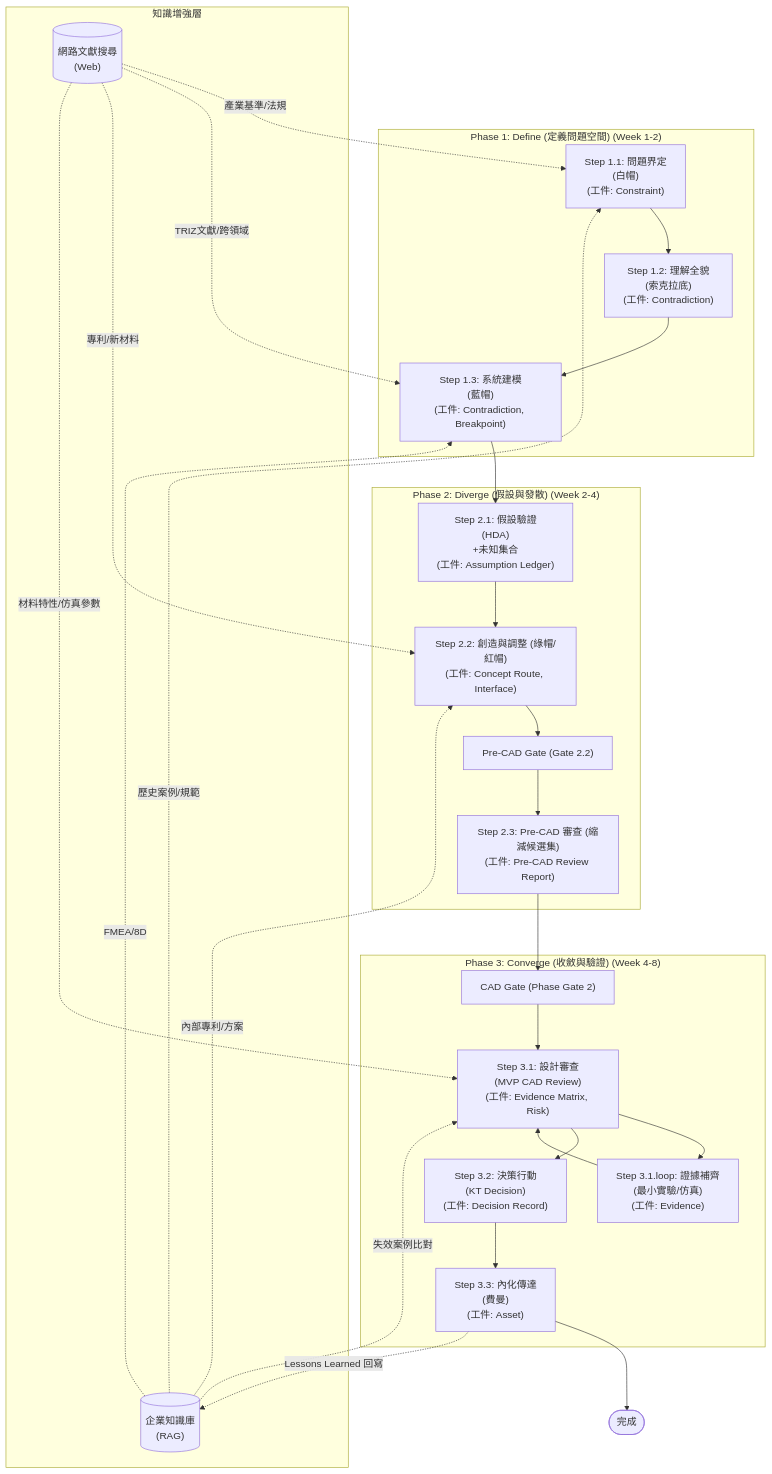
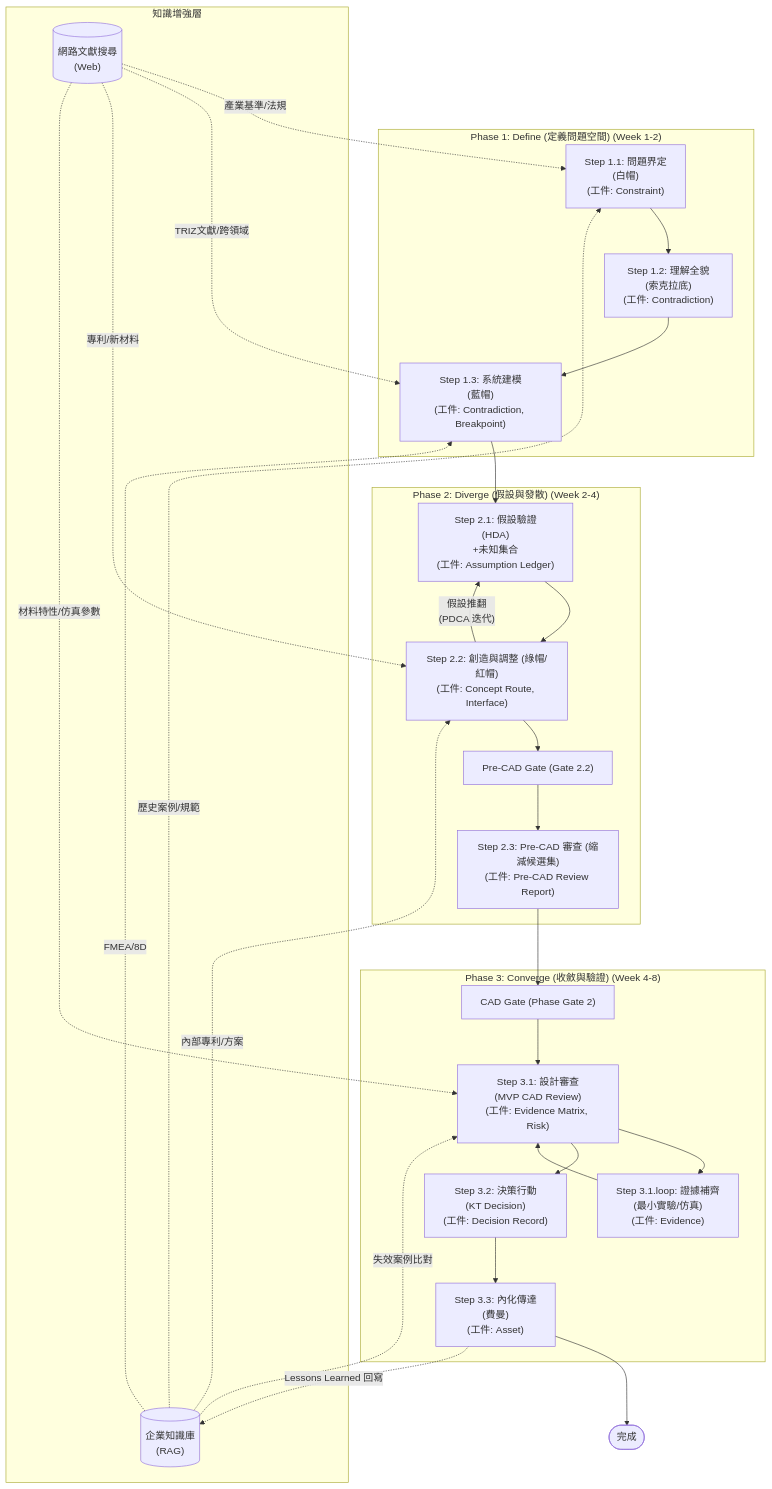
Before and after one commit to Zenobia000/AutoTRIZ_smart_design: the second of 4 diagrams in docs/e2e/RD_Design_Copilot_整合流程.md, drawn with Mermaid. The commit also changed other lines of this file and 12 other files, not shown here.

````diff
--- a/docs/e2e/RD_Design_Copilot_整合流程.md
+++ b/docs/e2e/RD_Design_Copilot_整合流程.md
@@ -232,49 +232,50 @@
 ```mermaid
 graph TD
     subgraph Phase1 ["Phase 1: Define (定義問題空間) (Week 1-2)"]
         S1["Step 1.1: 問題界定<br>(白帽)<br>(工件: Constraint)"] --> S2["Step 1.2: 理解全貌<br>(索克拉底)<br>(工件: Contradiction)"]
         S2 --> S3["Step 1.3: 系統建模<br>(藍帽)<br>(工件: Contradiction, Breakpoint)"]
     end
 
     subgraph Phase2 ["Phase 2: Diverge (假設與發散) (Week 2-4)"]
         S4["Step 2.1: 假設驗證<br>(HDA)<br>+未知集合<br>(工件: Assumption Ledger)"]
         S5_Main["Step 2.2: 創造與調整 (綠帽/紅帽)<br>(工件: Concept Route, Interface)"]
         S_P["Step 2.3: Pre-CAD 審查 (縮減候選集)<br>(工件: Pre-CAD Review Report)"]
 
         S4 --> S5_Main
         S5_Main --> SP_Gate["Pre-CAD Gate (Gate 2.2)"]
         SP_Gate --> S_P
+        S5_Main --"假設推翻<br>(PDCA 迭代)"--> S4
     end
 
     subgraph Phase3 ["Phase 3: Converge (收斂與驗證) (Week 4-8)"]
         S6["Step 3.1: 設計審查<br>(MVP CAD Review)<br>(工件: Evidence Matrix, Risk)"]
         S6e["Step 3.1.loop: 證據補齊<br>(最小實驗/仿真)<br>(工件: Evidence)"]
         S7["Step 3.2: 決策行動<br>(KT Decision)<br>(工件: Decision Record)"]
         S8["Step 3.3: 內化傳達<br>(費曼)<br>(工件: Asset)"]
 
         S_P --> C_Gate["CAD Gate (Phase Gate 2)"]
         C_Gate --> S6
         S6 --> S6e
         S6e --> S6
         S6 --> S7
         S7 --> S8
     end
 
     S3 --> S4
     S8 --> End([完成])
 
     subgraph KnowledgeLayer ["知識增強層"]
         RAG[("企業知識庫<br>(RAG)")]
         WEB[("網路文獻搜尋<br>(Web)")]
     end
 
     RAG -.->|"歷史案例/規範"| S1
     RAG -.->|"FMEA/8D"| S3
     RAG -.->|"內部專利/方案"| S5_Main
     RAG -.->|"失效案例比對"| S6
     WEB -.->|"產業基準/法規"| S1
     WEB -.->|"TRIZ文獻/跨領域"| S3
     WEB -.->|"專利/新材料"| S5_Main
     WEB -.->|"材料特性/仿真參數"| S6
     S8 -.->|"Lessons Learned 回寫"| RAG
 ```
````
